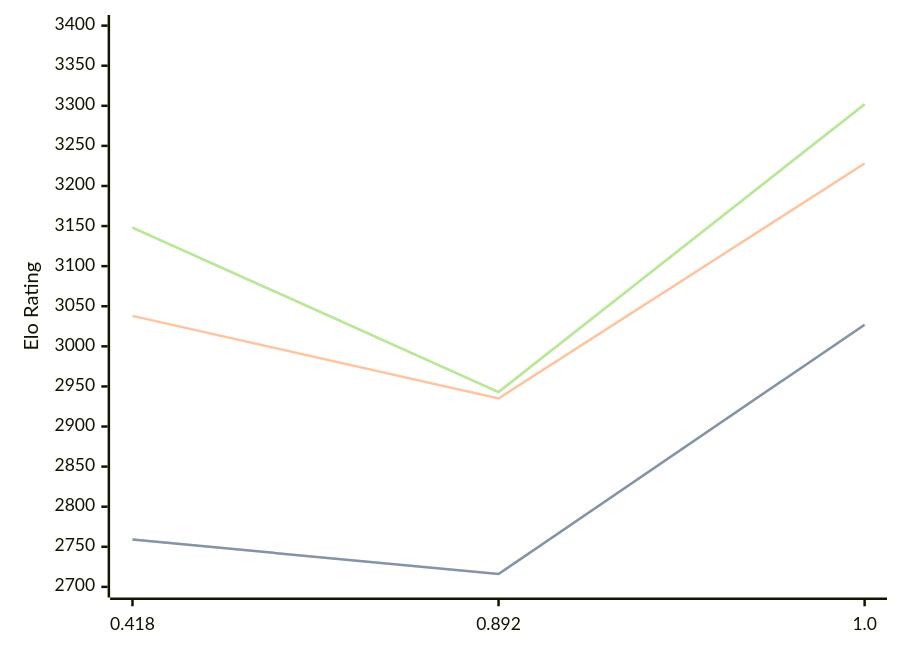
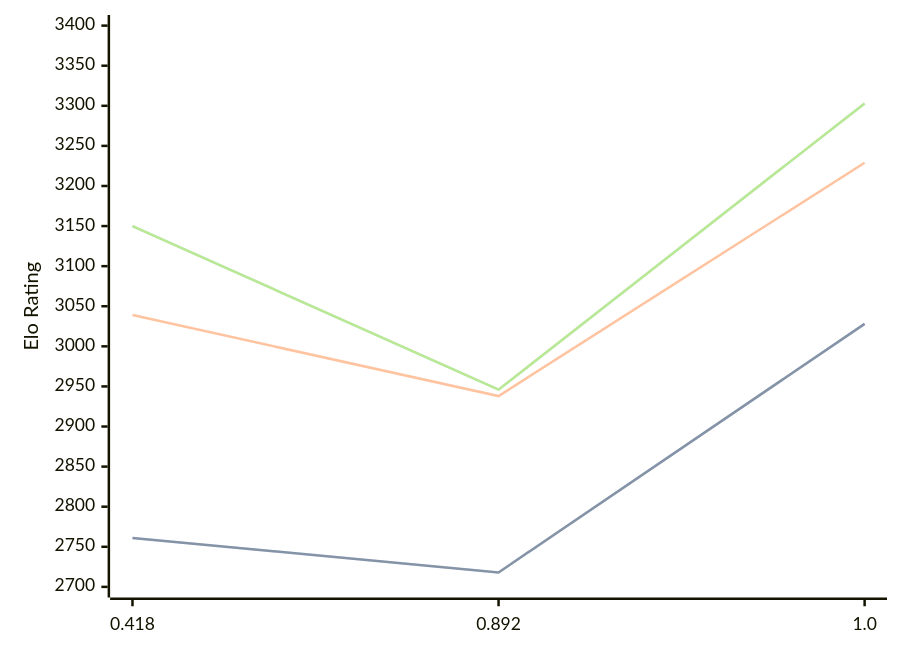
One commit to computer-chess-index/cci changed the diagram in engines/Malika.md. Above: the diagram before and after it, drawn with Mermaid. The commit also changed other lines of this file, not shown here.

Commit message:
Update CCI Ratings (ELO VLTC) - 2026-05-06

````diff
--- a/engines/Malika.md
+++ b/engines/Malika.md
@@ -33,11 +33,11 @@
 ```mermaid
 %%{init: {"theme":"base","themeVariables":{"seriesColors:['#a3a3a3','#222221','#faa371']}}}%%
 xychart-beta
   x-axis ["0.418", "0.892", "1.0"]
   y-axis "Elo Rating" 2700 --> 3400
-  line "STC (8.0+0.08s)" [2759, 2716, 3027]
-  line "STC (8.0+0.08s)" [2759, 2716, 3027]
-  line "LTC (60.0+0.60s)" [3038, 2935, 3228]
-  line "VLTC (2m24s+1.12s)" [3148, 2943, 3302]
-  line "VLTC (2m24s+1.12s)" [3148, 2943, 3302]
+  line "STC (8.0+0.08s)" [2761, 2718, 3028]
+  line "STC (8.0+0.08s)" [2761, 2718, 3028]
+  line "LTC (60.0+0.60s)" [3039, 2938, 3229]
+  line "VLTC (2m24s+1.12s)" [3150, 2946, 3303]
+  line "VLTC (2m24s+1.12s)" [3150, 2946, 3303]
 ```
````
